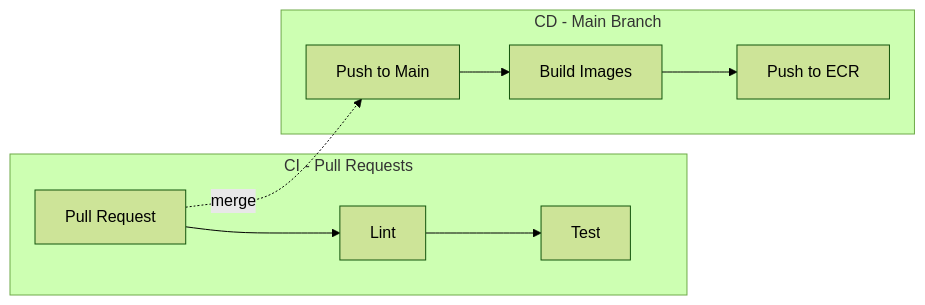
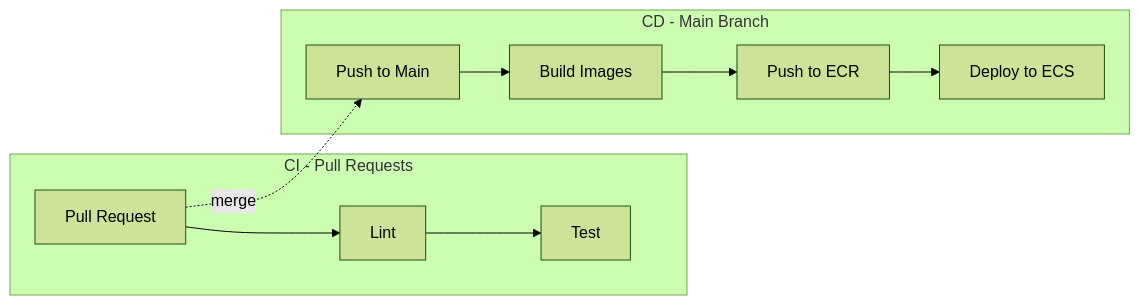
One commit to Ewansome/InsightXI changed the second of 3 diagrams in README.md. Above: the diagram before and after it, drawn with Mermaid (forest theme). The commit also changed other lines of this file and 4 other files, not shown here.

````diff
--- a/README.md
+++ b/README.md
@@ -119,14 +119,15 @@
 ```mermaid
 flowchart LR
     subgraph CI[CI - Pull Requests]
         pr[Pull Request] --> lint[Lint]
         lint --> test[Test]
     end
 
     subgraph CD[CD - Main Branch]
         push[Push to Main] --> build[Build Images]
         build --> ecr[Push to ECR]
+        ecr --> deploy[Deploy to ECS]
     end
 
     pr -.->|merge| push
 ```
````
